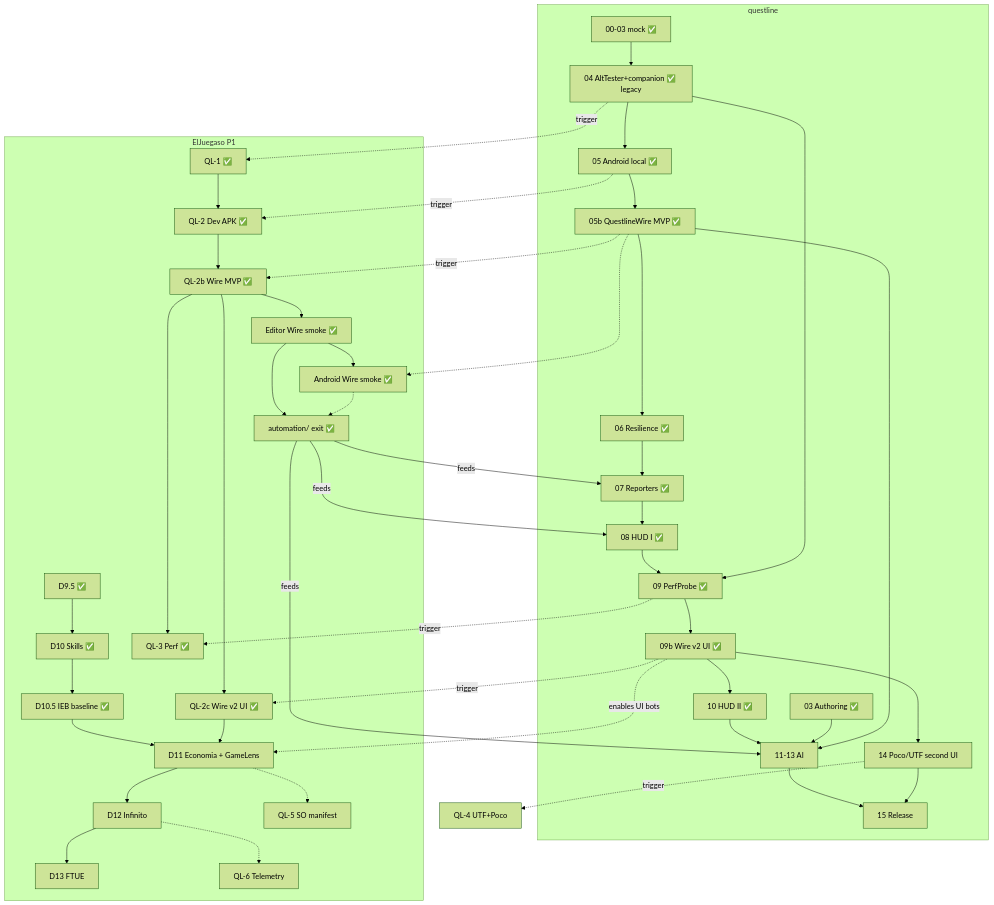
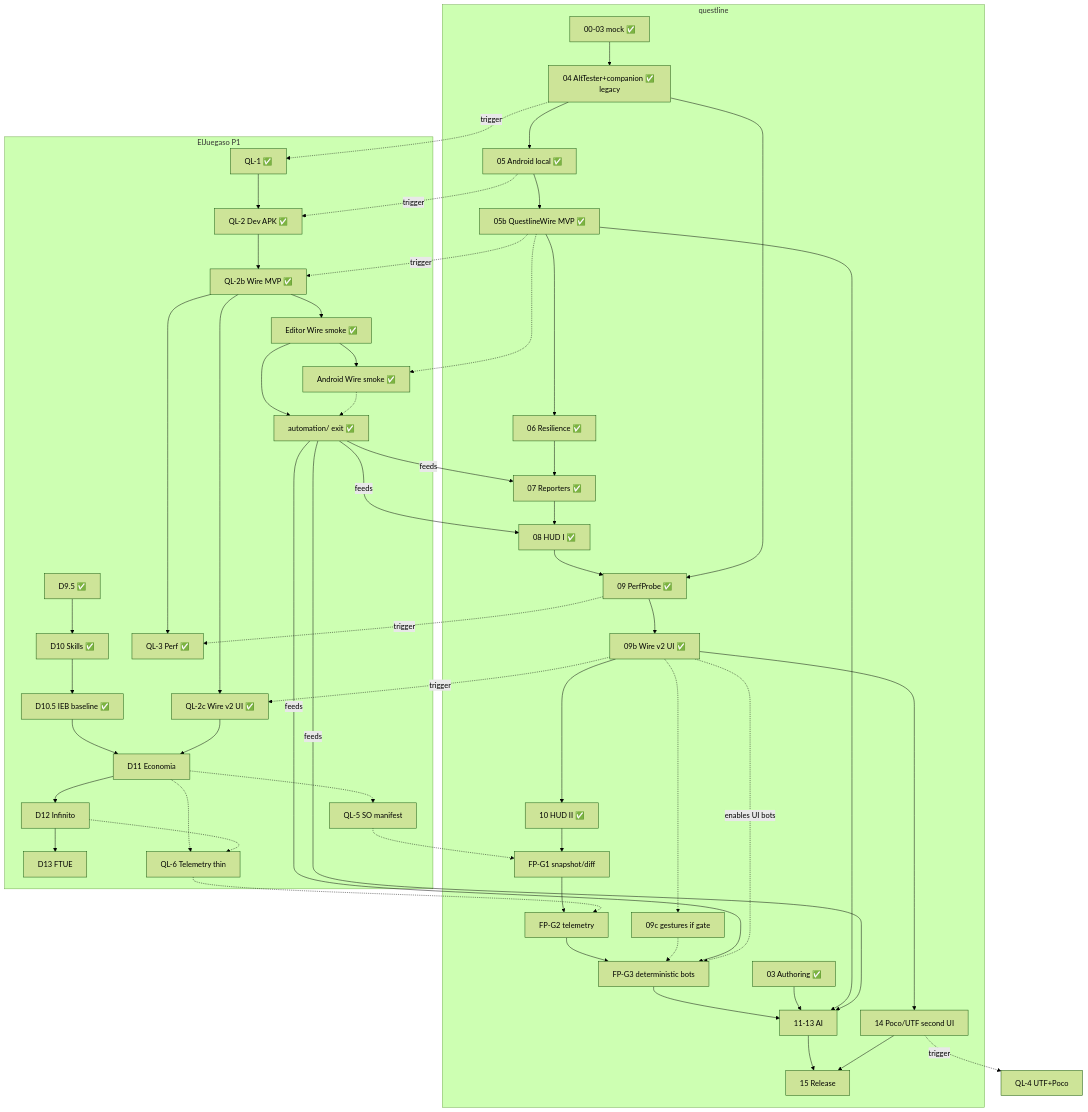
Before and after one commit to Knutronko/questline: the diagram in docs/STATUS-DUAL.md, drawn with Mermaid (forest theme). The commit also changed other lines of this file and 13 other files, not shown here.

First line of the commit message:
docs: lock GameLens balance-automation loop (bots before AI)

````diff
--- a/docs/STATUS-DUAL.md
+++ b/docs/STATUS-DUAL.md
@@ -103,52 +108,61 @@
 ```mermaid
 flowchart TB
   subgraph QL[questline]
     Q0[00-03 mock ✅] --> Q4[04 AltTester+companion ✅ legacy]
     Q4 --> Q5[05 Android local ✅]
     Q5 --> Q5b[05b QuestlineWire MVP ✅]
     Q5b --> Q6[06 Resilience ✅]
     Q6 --> Q7[07 Reporters ✅]
     Q7 --> Q8[08 HUD I ✅]
     Q8 --> Q9[09 PerfProbe ✅]
     Q9 --> Q9b[09b Wire v2 UI ✅]
     Q9b --> Q10[10 HUD II ✅]
-    Q10 --> Q11[11-13 AI]
+    Q10 --> FPG1[FP-G1 snapshot/diff]
+    FPG1 --> FPG2[FP-G2 telemetry]
+    FPG2 --> FPG3[FP-G3 deterministic bots]
+    FPG3 --> Q11[11-13 AI]
+    Q9b -.-> Q09c[09c gestures if gate]
+    Q09c -.-> FPG3
     Q4 --> Q9
     Q3[03 Authoring ✅] --> Q11
     Q5b --> Q11
     Q9b --> Q14[14 Poco/UTF second UI]
     Q11 --> Q15[15 Release]
     Q14 --> Q15
   end
 
   subgraph Game[ElJuegaso P1]
     D95[D9.5 ✅] --> D10[D10 Skills ✅]
     D10 --> D105[D10.5 IEB baseline ✅]
-    D105 --> D11[D11 Economia + GameLens]
+    D105 --> D11[D11 Economia]
     D11 --> D12[D12 Infinito]
     D12 --> D13[D13 FTUE]
     QL1[QL-1 ✅] --> QL2[QL-2 Dev APK ✅]
     QL2 --> QL2b[QL-2b Wire MVP ✅]
     QL2b --> LiveEd[Editor Wire smoke ✅]
     LiveEd --> Auto[automation/ exit ✅]
     LiveEd --> LiveAnd[Android Wire smoke ✅]
     LiveAnd -.-> Auto
     QL2b --> QL3[QL-3 Perf ✅]
     QL2b --> QL2c[QL-2c Wire v2 UI ✅]
     QL2c --> D11
     D11 -.-> QL5[QL-5 SO manifest]
-    D12 -.-> QL6[QL-6 Telemetry]
+    QL5 -.-> FPG1
+    D11 -.-> QL6[QL-6 Telemetry thin]
+    QL6 -.-> FPG2
+    D12 -.-> QL6
+    Auto -->|feeds| FPG3
   end
 
   Q4 -.->|trigger| QL1
   Q5 -.->|trigger| QL2
   Q5b -.->|trigger| QL2b
   Q5b -.-> LiveAnd
   Q9 -.->|trigger| QL3
   Q9b -.->|trigger| QL2c
   Q14 -.->|trigger| QL4[QL-4 UTF+Poco]
   Auto -->|feeds| Q7
   Auto -->|feeds| Q8
   Auto -->|feeds| Q11
-  Q9b -.->|enables UI bots| D11
+  Q9b -.->|enables UI bots| FPG3
 ```
````
